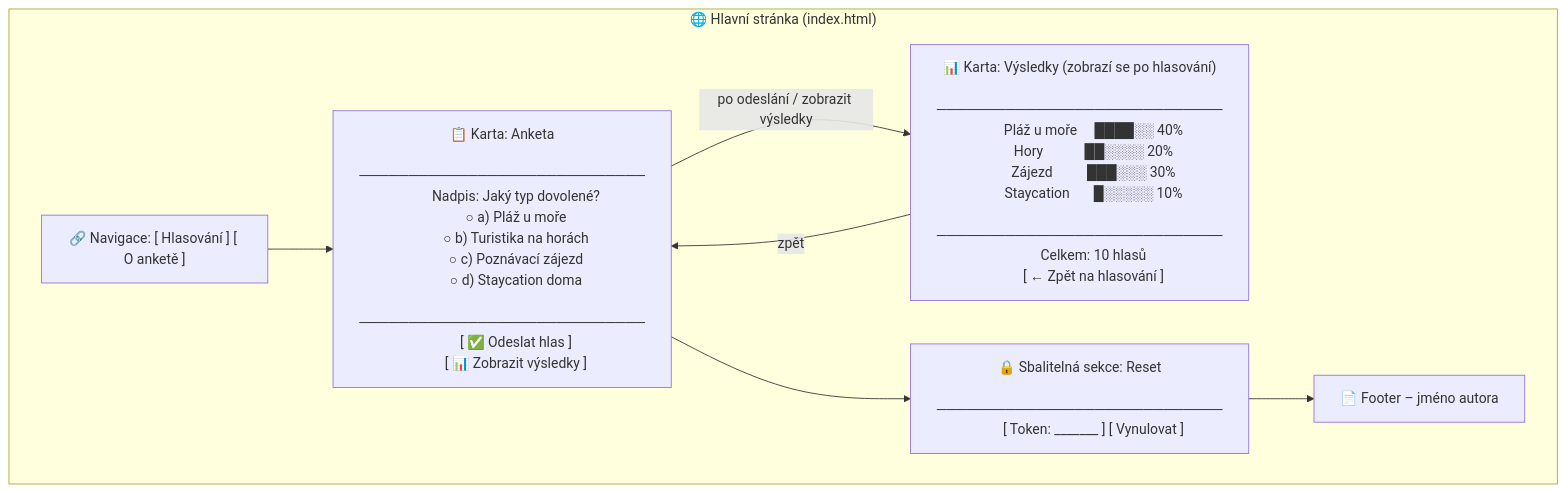
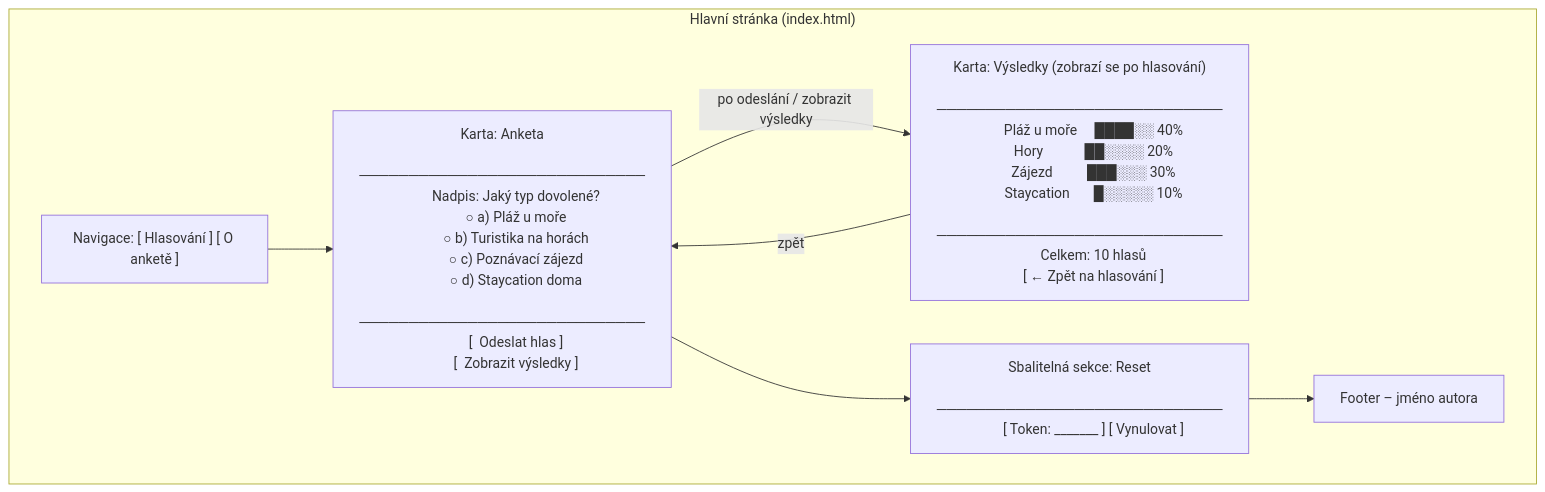
The first of 2 diagrams in README.md (Reavenous/anketa-dovolena), drawn with Mermaid before and after one commit. The commit also changed other lines of this file and 1 other file, not shown here.

````diff
--- a/README.md
+++ b/README.md
@@ -49,35 +48,35 @@
 ```mermaid
 graph TD
-    subgraph Stránka["🌐 Hlavní stránka (index.html)"]
-        NAV["🔗 Navigace: [ Hlasování ] [ O anketě ]"]
-        CARD1["📋 Karta: Anketa
+    subgraph Stránka[" Hlavní stránka (index.html)"]
+        NAV[" Navigace: [ Hlasování ] [ O anketě ]"]
+        CARD1[" Karta: Anketa
         ─────────────────────────────
         Nadpis: Jaký typ dovolené?
         ○ a) Pláž u moře
         ○ b) Turistika na horách
         ○ c) Poznávací zájezd
         ○ d) Staycation doma
         ─────────────────────────────
-        [ ✅ Odeslat hlas ]
-        [ 📊 Zobrazit výsledky ]"]
-        CARD2["📊 Karta: Výsledky (zobrazí se po hlasování)
+        [  Odeslat hlas ]
+        [  Zobrazit výsledky ]"]
+        CARD2[" Karta: Výsledky (zobrazí se po hlasování)
         ─────────────────────────────
         Pláž u moře     ████░░ 40%
         Hory            ██░░░░ 20%
         Zájezd          ███░░░ 30%
         Staycation       █░░░░░ 10%
         ─────────────────────────────
         Celkem: 10 hlasů
         [ ← Zpět na hlasování ]"]
-        CARD3["🔒 Sbalitelná sekce: Reset
+        CARD3[" Sbalitelná sekce: Reset
         ─────────────────────────────
         [ Token: _______ ] [ Vynulovat ]"]
-        FOOTER["📄 Footer – jméno autora"]
+        FOOTER[" Footer – jméno autora"]
     end
 
     NAV --> CARD1
     CARD1 -->|"po odeslání / zobrazit výsledky"| CARD2
     CARD2 -->|"zpět"| CARD1
     CARD1 --> CARD3
     CARD3 --> FOOTER
 ```
````
